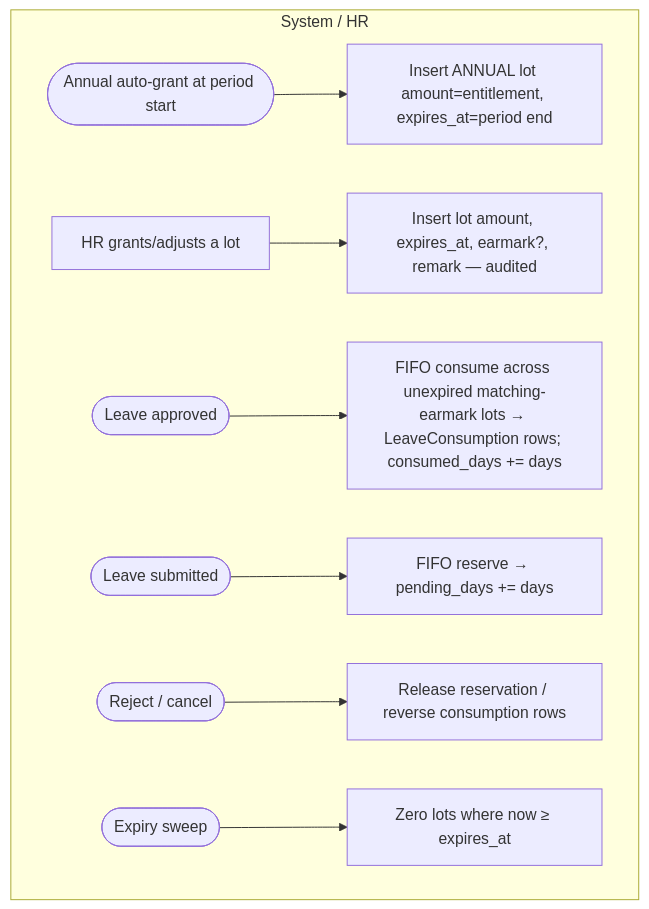
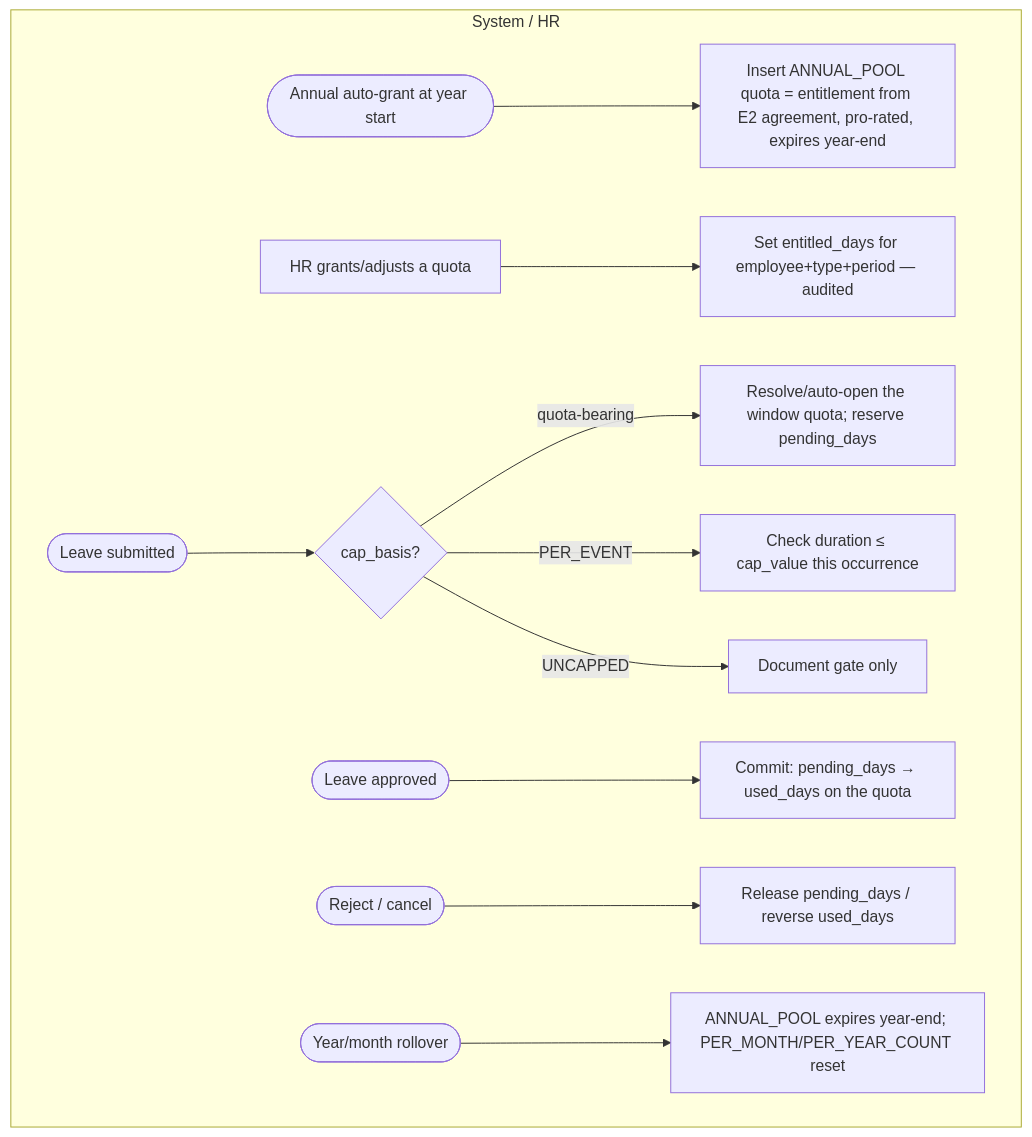
Before and after one commit to hariszaki17/hris-outsource: the second of 6 diagrams in docs/epics/E6-leave/FEATURE.md, drawn with Mermaid. The commit also changed other lines of this file and 40 other files, not shown here.

````diff
--- a/docs/epics/E6-leave/FEATURE.md
+++ b/docs/epics/E6-leave/FEATURE.md
@@ -116,11 +121,14 @@
 ```mermaid
 flowchart TD
     subgraph SYS[System / HR]
-        A1([Annual auto-grant at period start]) --> A2[Insert ANNUAL lot amount=entitlement, expires_at=period end]
-        A7[HR grants/adjusts a lot] --> A8[Insert lot amount, expires_at, earmark?, remark — audited]
-        A3([Leave approved]) --> A4[FIFO consume across unexpired matching-earmark lots → LeaveConsumption rows; consumed_days += days]
-        A9([Leave submitted]) --> A10[FIFO reserve → pending_days += days]
-        A11([Reject / cancel]) --> A12[Release reservation / reverse consumption rows]
-        A5([Expiry sweep]) --> A6[Zero lots where now ≥ expires_at]
+        A1([Annual auto-grant at year start]) --> A2[Insert ANNUAL_POOL quota = entitlement from E2 agreement, pro-rated, expires year-end]
+        A7[HR grants/adjusts a quota] --> A8[Set entitled_days for employee+type+period — audited]
+        A3([Leave submitted]) --> A4{cap_basis?}
+        A4 -- quota-bearing --> A5[Resolve/auto-open the window quota; reserve pending_days]
+        A4 -- PER_EVENT --> A6[Check duration ≤ cap_value this occurrence]
+        A4 -- UNCAPPED --> A6b[Document gate only]
+        A9([Leave approved]) --> A10[Commit: pending_days → used_days on the quota]
+        A11([Reject / cancel]) --> A12[Release pending_days / reverse used_days]
+        A13([Year/month rollover]) --> A14[ANNUAL_POOL expires year-end; PER_MONTH/PER_YEAR_COUNT reset]
     end
 ```
````
